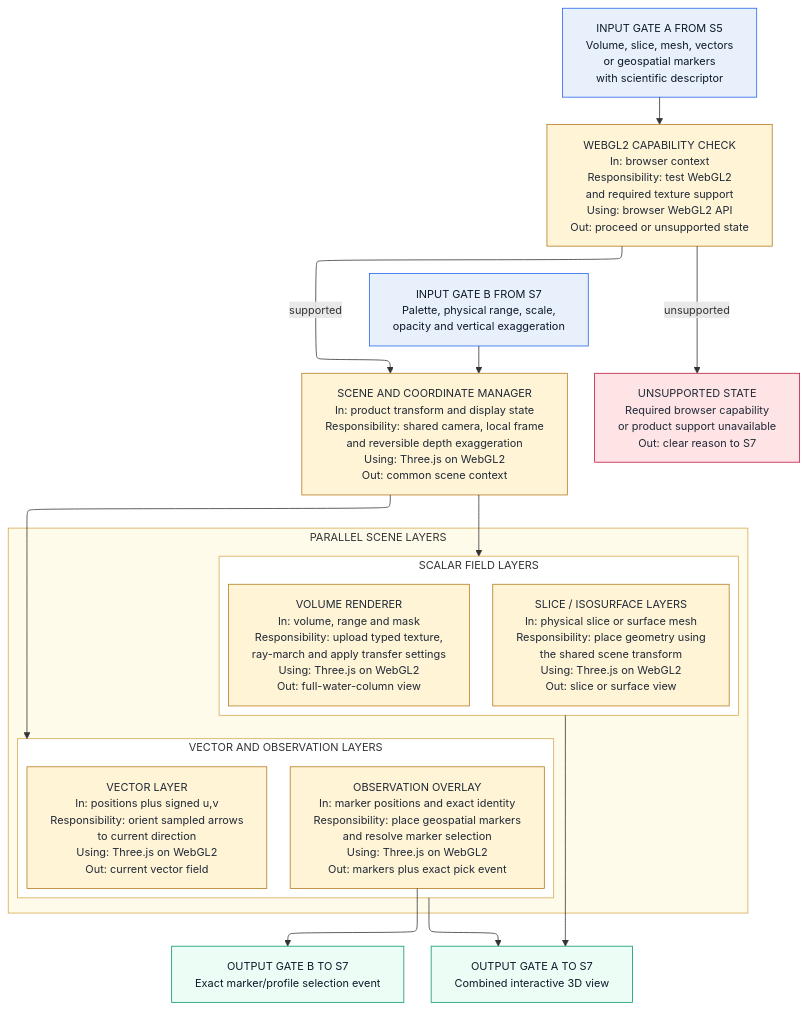
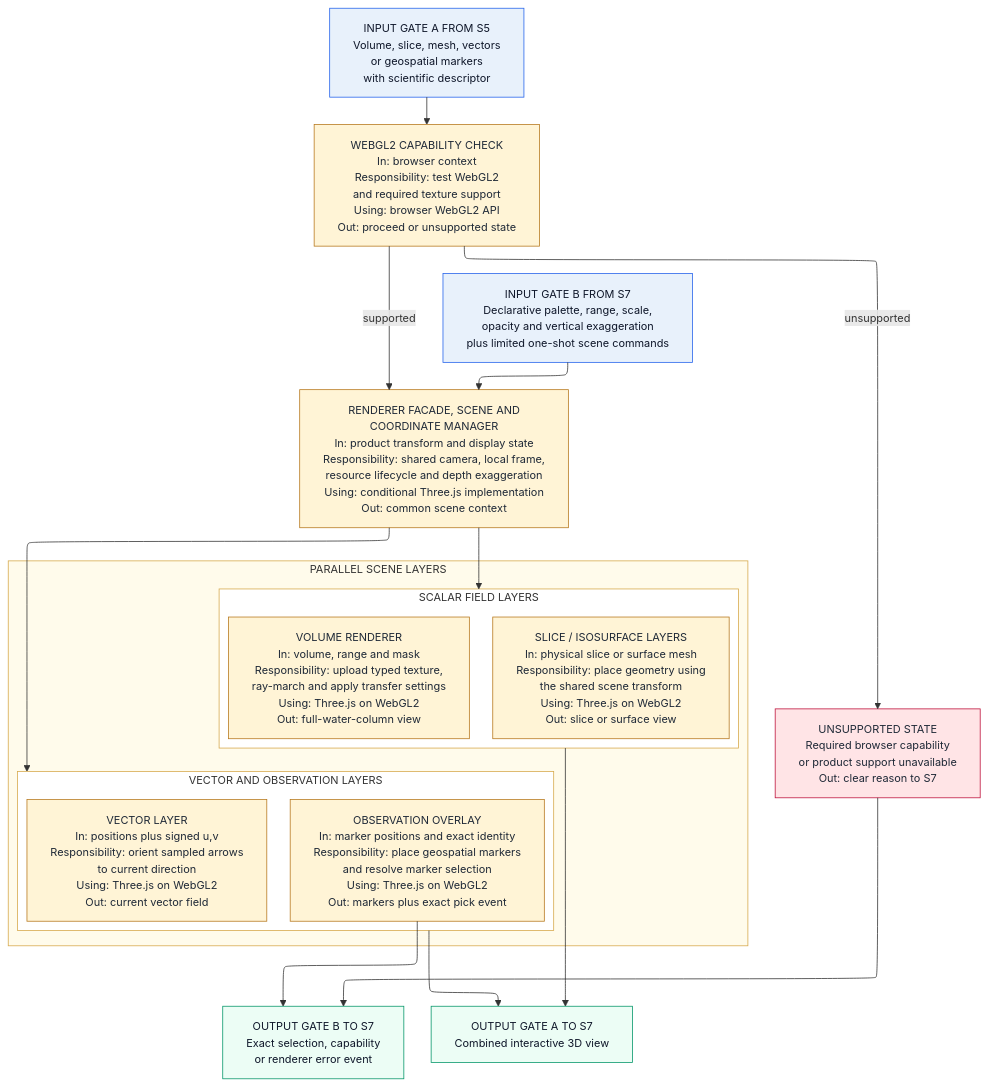
One commit to CSubham/incois-3d-ocean-visualization changed the ninth of 10 diagrams in docs/architecture/LLD_INCOIS_3D_Ocean_Data_Visualization_System.md. Above: the diagram before and after it, drawn with Mermaid. The commit also changed other lines of this file and 2 other files, not shown here.

````diff
--- a/docs/architecture/LLD_INCOIS_3D_Ocean_Data_Visualization_System.md
+++ b/docs/architecture/LLD_INCOIS_3D_Ocean_Data_Visualization_System.md
@@ -283,55 +327,56 @@
 ```mermaid
 %%{init: {"layout": "elk", "flowchart": {"wrappingWidth": 300, "rankSpacing": 35, "nodeSpacing": 20}, "themeVariables": {"fontSize": "14px"}}}%%
 flowchart TB
     IN1["INPUT GATE A FROM S5<br/>Volume, slice, mesh, vectors<br/>or geospatial markers<br/>with scientific descriptor"]
-    IN2["INPUT GATE B FROM S7<br/>Palette, physical range, scale,<br/>opacity and vertical exaggeration"]
+    IN2["INPUT GATE B FROM S7<br/>Declarative palette, range, scale,<br/>opacity and vertical exaggeration<br/>plus limited one-shot scene commands"]
     M0["WEBGL2 CAPABILITY CHECK<br/>In: browser context<br/>Responsibility: test WebGL2<br/>and required texture support<br/>Using: browser WebGL2 API<br/>Out: proceed or unsupported state"]
-    M1["SCENE AND COORDINATE MANAGER<br/>In: product transform and display state<br/>Responsibility: shared camera, local frame<br/>and reversible depth exaggeration<br/>Using: Three.js on WebGL2<br/>Out: common scene context"]
+    M1["RENDERER FACADE, SCENE AND<br/>COORDINATE MANAGER<br/>In: product transform and display state<br/>Responsibility: shared camera, local frame,<br/>resource lifecycle and depth exaggeration<br/>Using: conditional Three.js implementation<br/>Out: common scene context"]
     subgraph LAYERS["PARALLEL SCENE LAYERS"]
         direction TB
         subgraph SCALAR_LAYERS["SCALAR FIELD LAYERS"]
             direction LR
             M2["VOLUME RENDERER<br/>In: volume, range and mask<br/>Responsibility: upload typed texture,<br/>ray-march and apply transfer settings<br/>Using: Three.js on WebGL2<br/>Out: full-water-column view"]
             M3["SLICE / ISOSURFACE LAYERS<br/>In: physical slice or surface mesh<br/>Responsibility: place geometry using<br/>the shared scene transform<br/>Using: Three.js on WebGL2<br/>Out: slice or surface view"]
         end
         subgraph OVERLAY_LAYERS["VECTOR AND OBSERVATION LAYERS"]
             direction LR
             M4["VECTOR LAYER<br/>In: positions plus signed u,v<br/>Responsibility: orient sampled arrows<br/>to current direction<br/>Using: Three.js on WebGL2<br/>Out: current vector field"]
             M5["OBSERVATION OVERLAY<br/>In: marker positions and exact identity<br/>Responsibility: place geospatial markers<br/>and resolve marker selection<br/>Using: Three.js on WebGL2<br/>Out: markers plus exact pick event"]
         end
         SCALAR_LAYERS ~~~ OVERLAY_LAYERS
     end
     F["UNSUPPORTED STATE<br/>Required browser capability<br/>or product support unavailable<br/>Out: clear reason to S7"]
-    OUT2["OUTPUT GATE B TO S7<br/>Exact marker/profile selection event"]
+    OUT2["OUTPUT GATE B TO S7<br/>Exact selection, capability<br/>or renderer error event"]
     OUT1["OUTPUT GATE A TO S7<br/>Combined interactive 3D view"]
 
     IN1 --> M0
     IN2 --> M1
     M0 -- "supported" --> M1
     M0 -- "unsupported" --> F
+    F --> OUT2
     M1 --> SCALAR_LAYERS
     M1 --> OVERLAY_LAYERS
     SCALAR_LAYERS --> OUT1
     OVERLAY_LAYERS --> OUT1
     M5 --> OUT2
 
     classDef gate fill:#E8F1FB,stroke:#2563EB,color:#0F172A;
     classDef mod fill:#FFF4D6,stroke:#B7791F,color:#1F2937;
     classDef out fill:#ECFDF5,stroke:#059669,color:#0F172A;
     classDef plat fill:#F1F5F9,stroke:#64748B,color:#1F2937;
     classDef fail fill:#FFE4E6,stroke:#BE123C,color:#1F2937;
     class IN1 gate;
     class IN2 gate;
     class M0 mod;
     class M1 mod;
     class M2 mod;
     class M3 mod;
     class M4 mod;
     class M5 mod;
     class F fail;
     class OUT2 out;
     class OUT1 out;
     style LAYERS fill:#FFFBEB,stroke:#D6A94C,stroke-width:1px
     style SCALAR_LAYERS fill:#FFFFFF,stroke:#D6A94C,stroke-width:1px
     style OVERLAY_LAYERS fill:#FFFFFF,stroke:#D6A94C,stroke-width:1px
 ```
````
